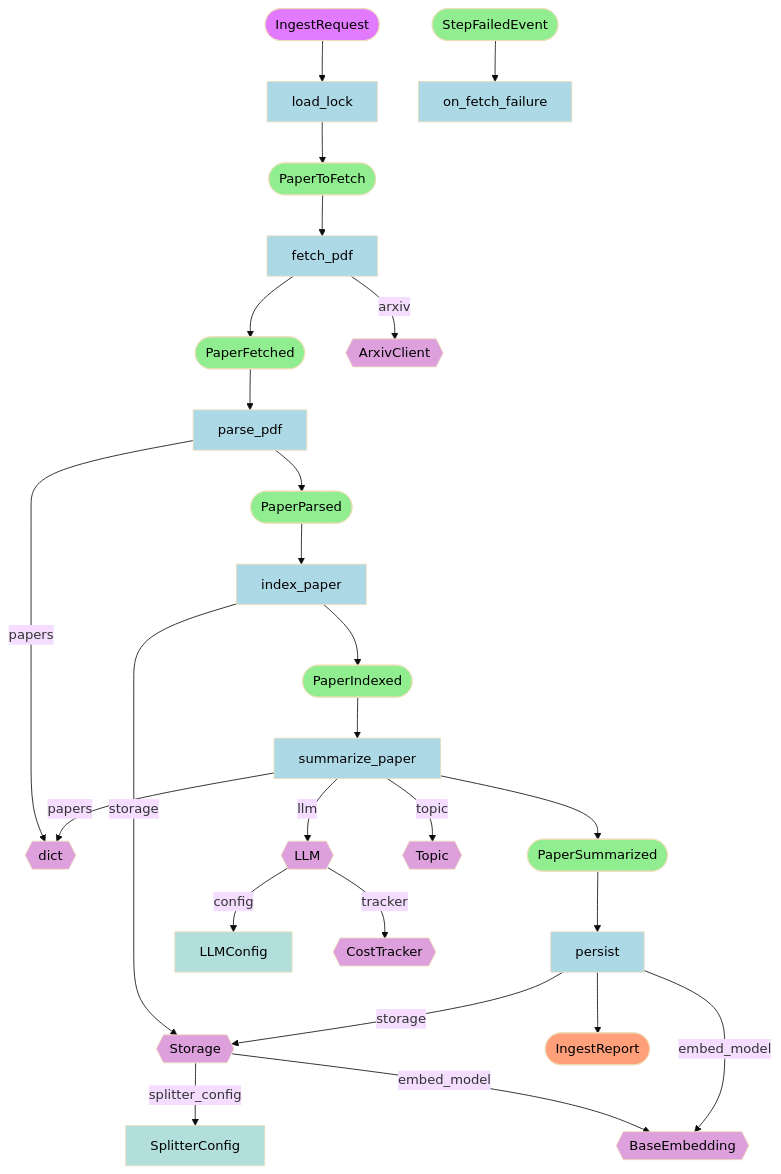
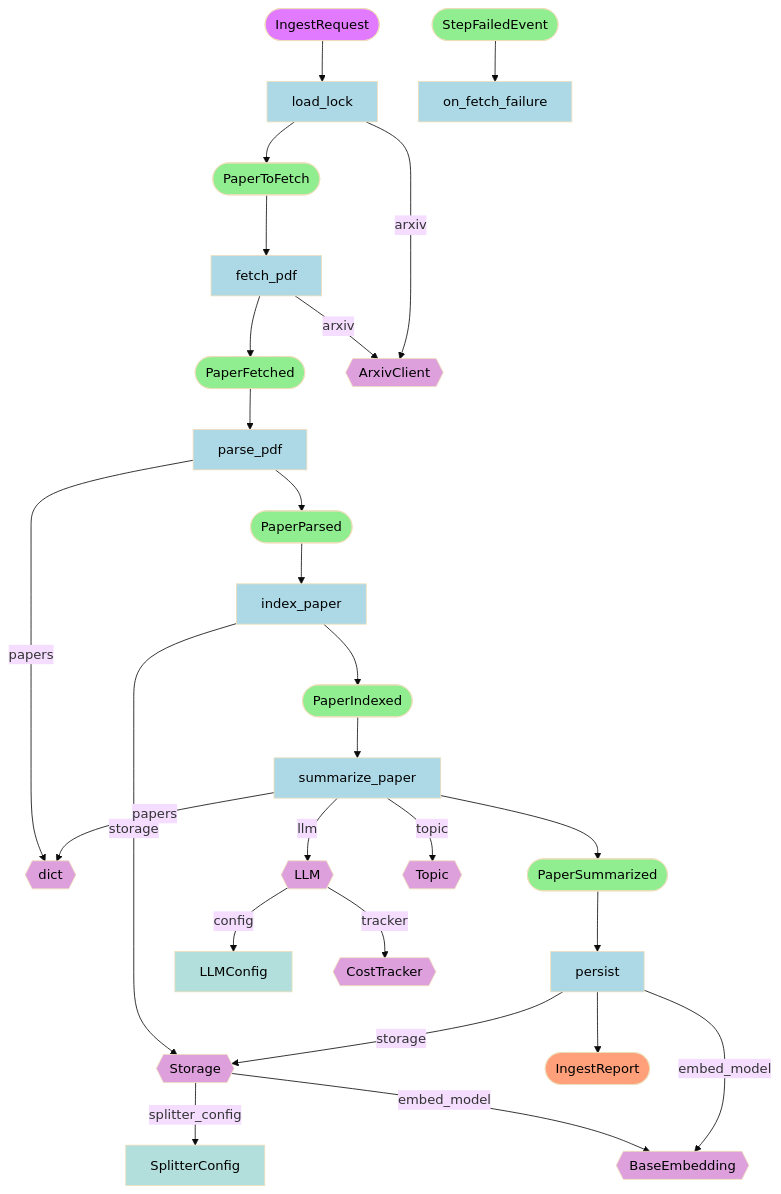
The diagram in docs/ingest_flow.md (soumit17/llamaindex-literature-review), drawn with Mermaid (base theme) before and after one commit. The commit also changed 12 other files, not shown here.

````diff
--- a/docs/ingest_flow.md
+++ b/docs/ingest_flow.md
@@ -3,68 +3,69 @@
 ```mermaid
 flowchart TD
     step_fetch_pdf["fetch_pdf"]:::stepStyle
     event_PaperToFetch(["PaperToFetch"]):::defaultEventStyle
     event_PaperFetched(["PaperFetched"]):::defaultEventStyle
     resource_resource_3449204d69cc{{"ArxivClient"}}:::resourceStyle
     step_index_paper["index_paper"]:::stepStyle
     event_PaperParsed(["PaperParsed"]):::defaultEventStyle
     event_PaperIndexed(["PaperIndexed"]):::defaultEventStyle
     resource_resource_290055995b5b{{"Storage"}}:::resourceStyle
     resource_config_resource_config_1157c4ad72c1["SplitterConfig"]:::resourceConfigStyle
     resource_resource_7786a419079b{{"BaseEmbedding"}}:::resourceStyle
     step_load_lock["load_lock"]:::stepStyle
     event_IngestRequest(["IngestRequest"]):::startEventStyle
     step_on_fetch_failure["on_fetch_failure"]:::stepStyle
     event_StepFailedEvent(["StepFailedEvent"]):::defaultEventStyle
     step_parse_pdf["parse_pdf"]:::stepStyle
     resource_resource_59578000a7cc{{"dict"}}:::resourceStyle
     step_persist["persist"]:::stepStyle
     event_PaperSummarized(["PaperSummarized"]):::defaultEventStyle
     event_IngestReport(["IngestReport"]):::stopEventStyle
     step_summarize_paper["summarize_paper"]:::stepStyle
     resource_resource_a0556b5da244{{"LLM"}}:::resourceStyle
     resource_config_resource_config_a4ea6a5fa368["LLMConfig"]:::resourceConfigStyle
     resource_resource_563010e4364d{{"CostTracker"}}:::resourceStyle
     resource_resource_3012ae4981ab{{"Topic"}}:::resourceStyle
     resource_resource_290055995b5b -->|"splitter_config"| resource_config_resource_config_1157c4ad72c1
     resource_resource_290055995b5b -->|"embed_model"| resource_resource_7786a419079b
     resource_resource_a0556b5da244 -->|"config"| resource_config_resource_config_a4ea6a5fa368
     resource_resource_a0556b5da244 -->|"tracker"| resource_resource_563010e4364d
     step_fetch_pdf --> event_PaperFetched
     event_PaperToFetch --> step_fetch_pdf
     step_fetch_pdf -->|"arxiv"| resource_resource_3449204d69cc
     step_index_paper --> event_PaperIndexed
     event_PaperParsed --> step_index_paper
     step_index_paper -->|"storage"| resource_resource_290055995b5b
     step_load_lock --> event_PaperToFetch
     event_IngestRequest --> step_load_lock
+    step_load_lock -->|"arxiv"| resource_resource_3449204d69cc
     event_StepFailedEvent --> step_on_fetch_failure
     step_parse_pdf --> event_PaperParsed
     event_PaperFetched --> step_parse_pdf
     step_parse_pdf -->|"papers"| resource_resource_59578000a7cc
     step_persist --> event_IngestReport
     event_PaperSummarized --> step_persist
     step_persist -->|"storage"| resource_resource_290055995b5b
     step_persist -->|"embed_model"| resource_resource_7786a419079b
     step_summarize_paper --> event_PaperSummarized
     event_PaperIndexed --> step_summarize_paper
     step_summarize_paper -->|"llm"| resource_resource_a0556b5da244
     step_summarize_paper -->|"papers"| resource_resource_59578000a7cc
     step_summarize_paper -->|"topic"| resource_resource_3012ae4981ab
     classDef stepStyle fill:#ADD8E6,color:#000000,line-height:1.2
     classDef externalStyle fill:#BEDAE4,color:#000000,line-height:1.2
     classDef resourceStyle fill:#DDA0DD,color:#000000,line-height:1.2
     classDef resourceConfigStyle fill:#B2DFDB,color:#000000,line-height:1.2
     classDef startEventStyle fill:#E27AFF,color:#000000
     classDef stopEventStyle fill:#FFA07A,color:#000000
     classDef defaultEventStyle fill:#90EE90,color:#000000
     classDef reactAgentStyle fill:#E27AFF,color:#000000
     classDef codeActAgentStyle fill:#66ccff,color:#000000
     classDef defaultAgentStyle fill:#90EE90,color:#000000
     classDef toolStyle fill:#ff9966,color:#000000
     classDef workflowBaseStyle fill:#90EE90,color:#000000
     classDef workflowAgentStyle fill:#66ccff,color:#000000
     classDef workflowToolStyle fill:#ff9966,color:#000000
     classDef workflowHandoffStyle fill:#E27AFF,color:#000000
     classDef childConnectorStyle fill:#E0E0E080,color:#555555,stroke-width:0px
 ```
````
